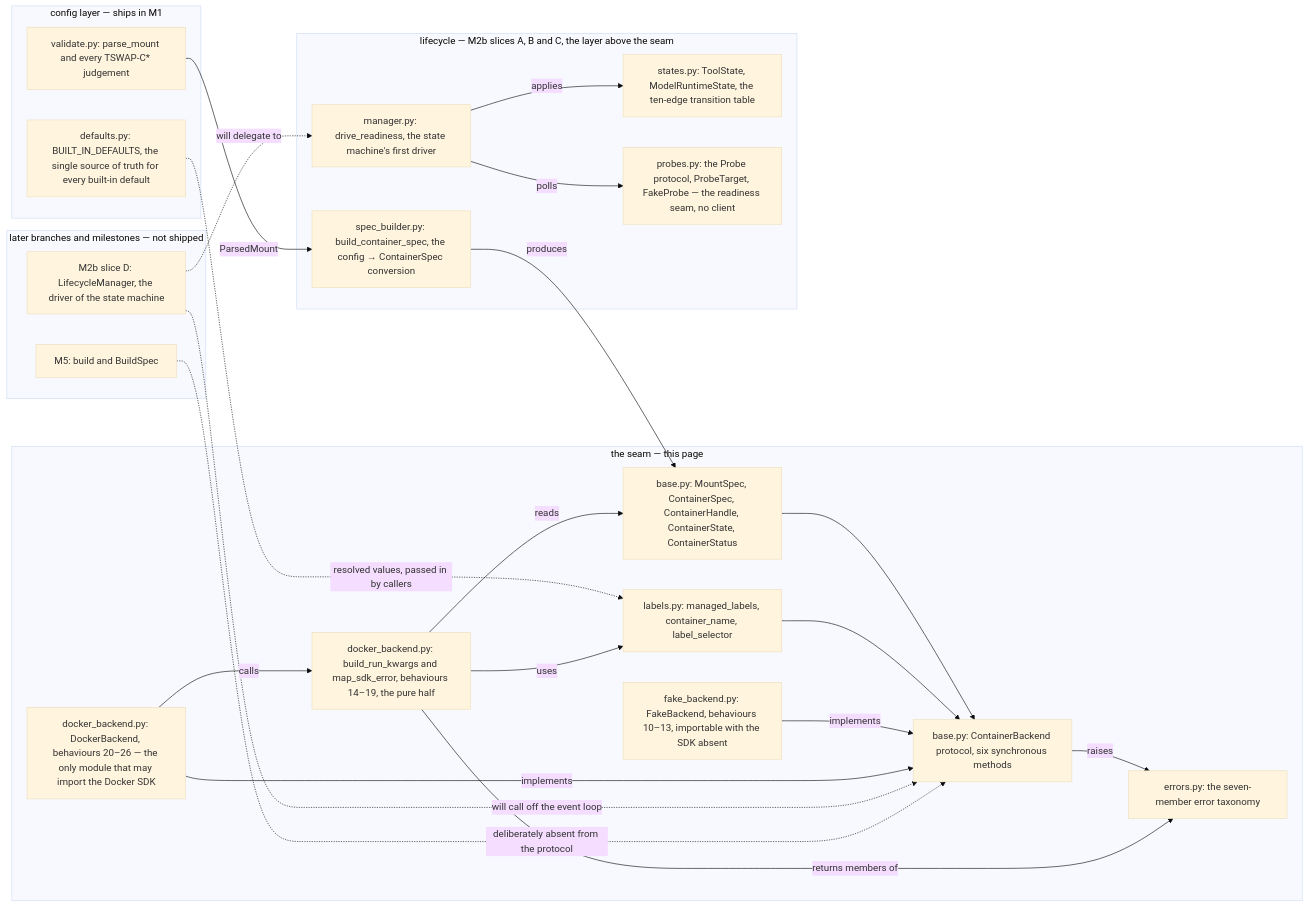
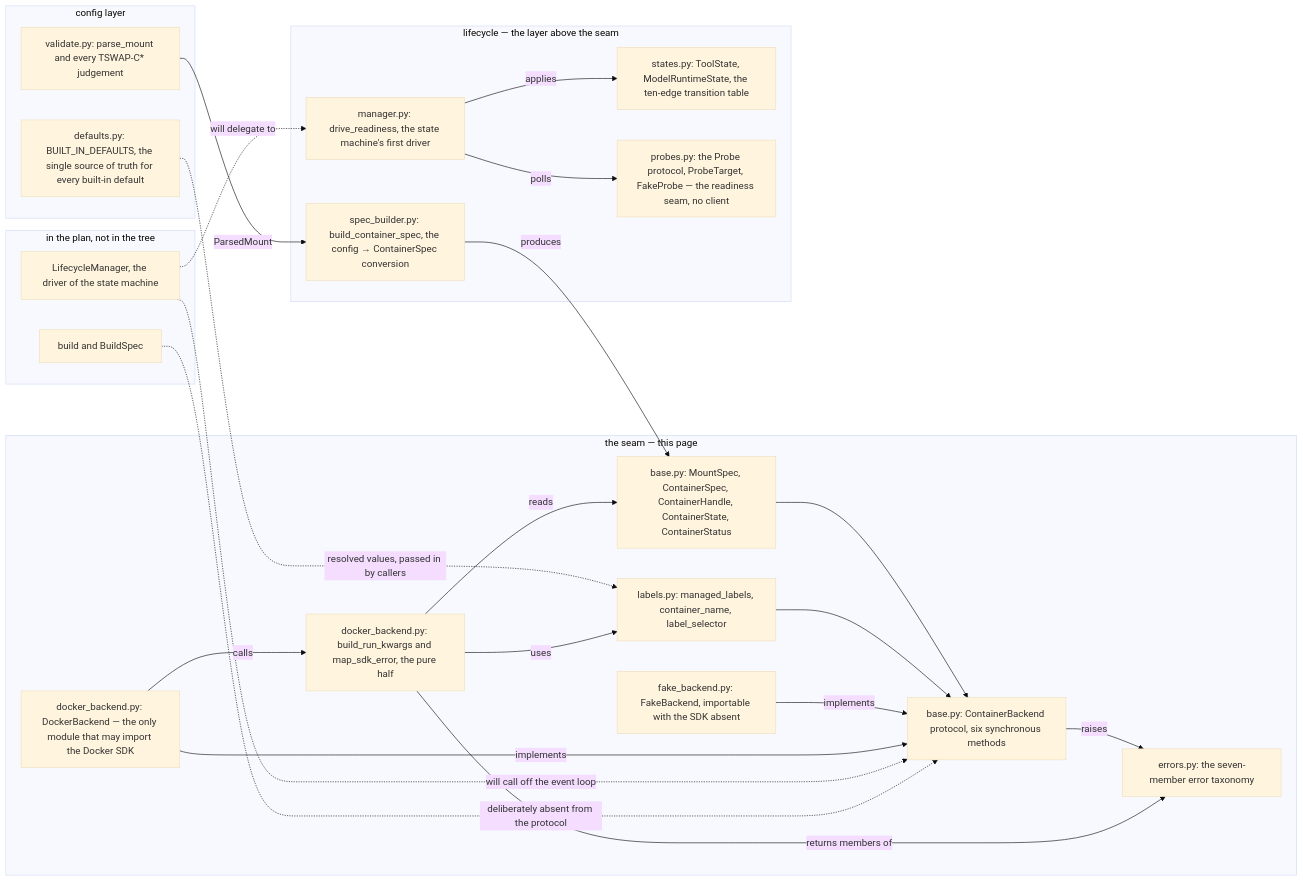
One commit to iar3-r8/tool-swap changed the diagram in docs/backend-seam.md. Above: the diagram before and after it, drawn with Mermaid (base theme). The commit also changed other lines of this file and 4 other files, not shown here.

````diff
--- a/docs/backend-seam.md
+++ b/docs/backend-seam.md
@@ -46,43 +44,43 @@
 ```mermaid
 flowchart LR
-    subgraph cfg[config layer — ships in M1]
+    subgraph cfg[config layer]
         VAL[validate.py: parse_mount and every TSWAP-C* judgement]
         DEF[defaults.py: BUILT_IN_DEFAULTS, the single source of truth for every built-in default]
     end
     subgraph seam[the seam — this page]
         TYPES[base.py: MountSpec, ContainerSpec, ContainerHandle, ContainerState, ContainerStatus]
         HELPER[labels.py: managed_labels, container_name, label_selector]
         PROTO[base.py: ContainerBackend protocol, six synchronous methods]
         ERR[errors.py: the seven-member error taxonomy]
-        FAKE[fake_backend.py: FakeBackend, behaviours 10–13, importable with the SDK absent]
-        DOCK[docker_backend.py: DockerBackend, behaviours 20–26 — the only module that may import the Docker SDK]
-        DOCKT[docker_backend.py: build_run_kwargs and map_sdk_error, behaviours 14–19, the pure half]
+        FAKE[fake_backend.py: FakeBackend, importable with the SDK absent]
+        DOCK[docker_backend.py: DockerBackend — the only module that may import the Docker SDK]
+        DOCKT[docker_backend.py: build_run_kwargs and map_sdk_error, the pure half]
     end
-    subgraph lifc[lifecycle — M2b slices A, B and C, the layer above the seam]
+    subgraph lifc[lifecycle — the layer above the seam]
         SPEC[spec_builder.py: build_container_spec, the config → ContainerSpec conversion]
         STATES[states.py: ToolState, ModelRuntimeState, the ten-edge transition table]
         PROBE[probes.py: the Probe protocol, ProbeTarget, FakeProbe — the readiness seam, no client]
         MANAGE[manager.py: drive_readiness, the state machine's first driver]
     end
-    subgraph future[later branches and milestones — not shipped]
-        LIFE[M2b slice D: LifecycleManager, the driver of the state machine]
-        BLD[M5: build and BuildSpec]
+    subgraph future[in the plan, not in the tree]
+        LIFE[LifecycleManager, the driver of the state machine]
+        BLD[build and BuildSpec]
     end
     VAL -->|ParsedMount| SPEC
     SPEC -->|produces| TYPES
     DEF -. "resolved values, passed in by callers" .-> HELPER
     TYPES --> PROTO
     HELPER --> PROTO
     PROTO -->|raises| ERR
     FAKE -->|implements| PROTO
     DOCK -->|implements| PROTO
     DOCK -->|calls| DOCKT
     DOCKT -->|reads| TYPES
     DOCKT -->|uses| HELPER
     DOCKT -->|returns members of| ERR
     MANAGE -->|applies| STATES
     MANAGE -->|polls| PROBE
     LIFE -.->|will delegate to| MANAGE
     LIFE -.->|will call off the event loop| PROTO
     BLD -.->|deliberately absent from the protocol| PROTO
 ```
````
